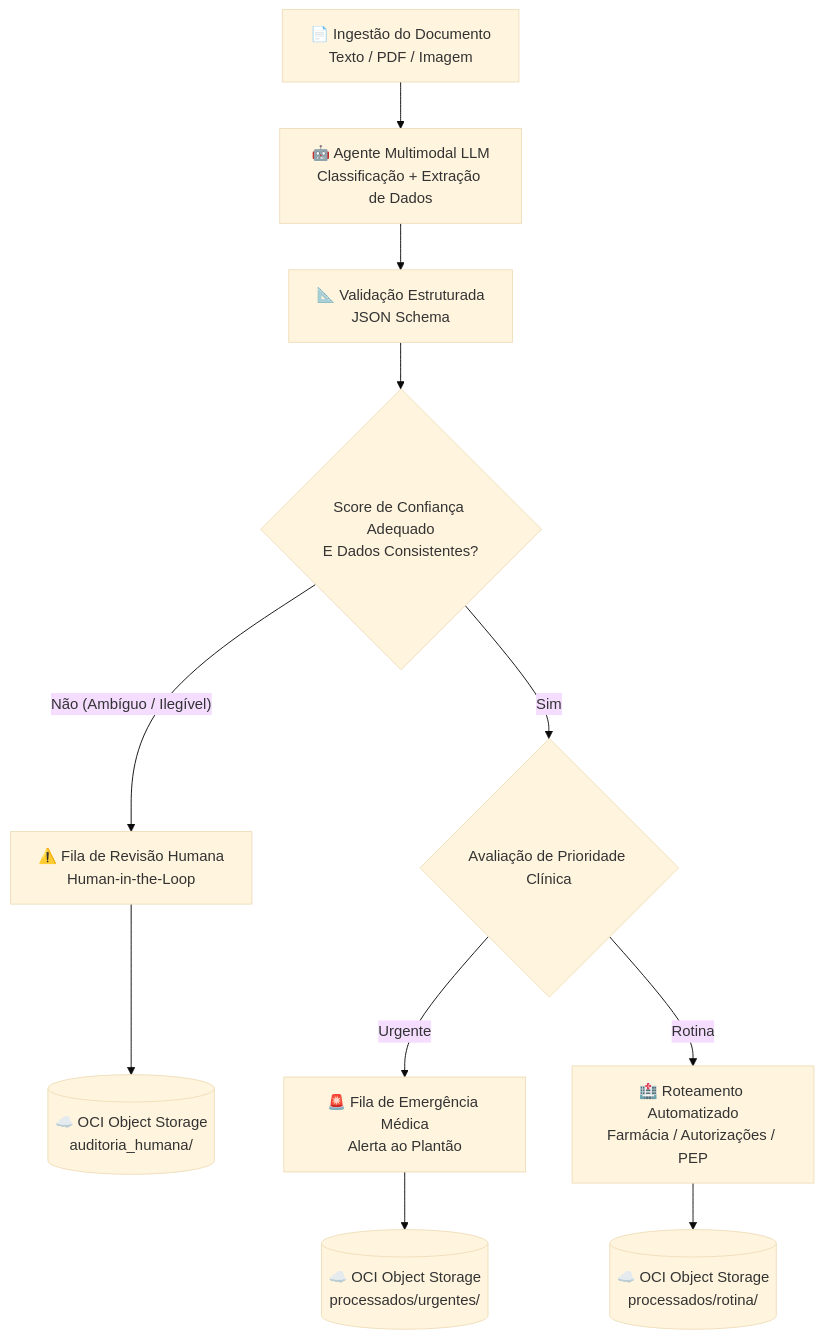
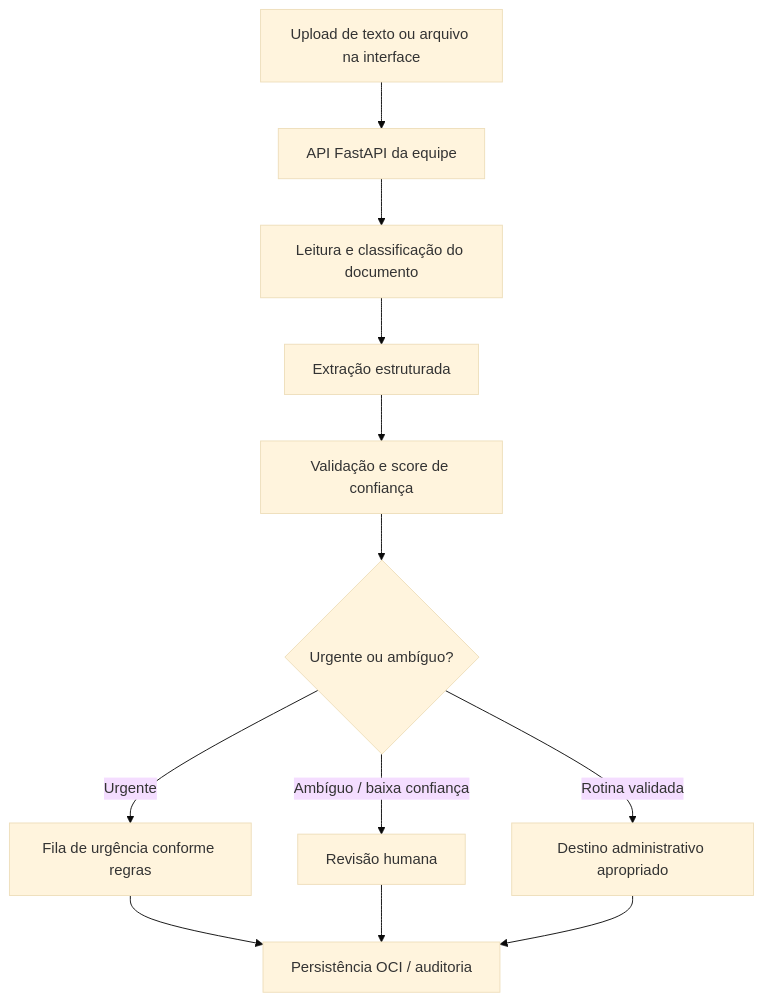
The diagram in README.md (No-Country-simulation/g10-Brasil27), drawn with Mermaid (base theme) before and after one commit. The commit also changed other lines of this file and 7 other files, not shown here.

````diff
--- a/README.md
+++ b/README.md
@@ -18,17 +71,14 @@
 ```mermaid
-graph TD
-    A[📄 Ingestão do Documento<br/>Texto / PDF / Imagem] --> B[🤖 Agente Multimodal LLM<br/>Classificação + Extração de Dados]
-    B --> C[📐 Validação Estruturada<br/>JSON Schema]
-    C --> D{Score de Confiança Adequado<br/>E Dados Consistentes?}
-
-    D -- Não (Ambíguo / Ilegível) --> E[⚠️ Fila de Revisão Humana<br/>Human-in-the-Loop]
-    E --> F[(☁️ OCI Object Storage<br/>auditoria_humana/)]
-
-    D -- Sim --> G{Avaliação de Prioridade Clínica}
-
-    G -- Urgente --> H[🚨 Fila de Emergência Médica<br/>Alerta ao Plantão]
-    H --> I[(☁️ OCI Object Storage<br/>processados/urgentes/)]
-
-    G -- Rotina --> J[🏥 Roteamento Automatizado<br/>Farmácia / Autorizações / PEP]
-    J --> K[(☁️ OCI Object Storage<br/>processados/rotina/)]
+flowchart TD
+    A[Upload de texto ou arquivo na interface] --> B[API FastAPI da equipe]
+    B --> C[Leitura e classificação do documento]
+    C --> D[Extração estruturada]
+    D --> E[Validação e score de confiança]
+    E --> F{Urgente ou ambíguo?}
+    F -->|Urgente| G[Fila de urgência conforme regras]
+    F -->|Ambíguo / baixa confiança| H[Revisão humana]
+    F -->|Rotina validada| I[Destino administrativo apropriado]
+    G --> J[Persistência OCI / auditoria]
+    H --> J
+    I --> J
 ```
````
